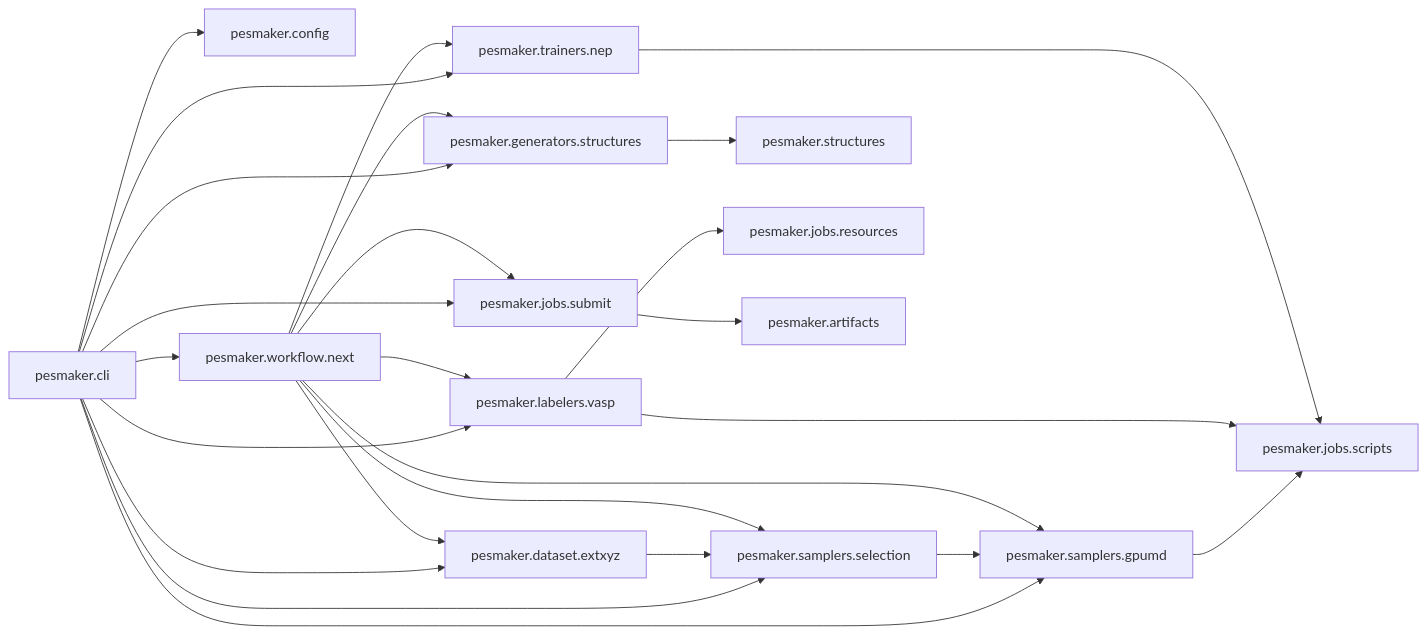
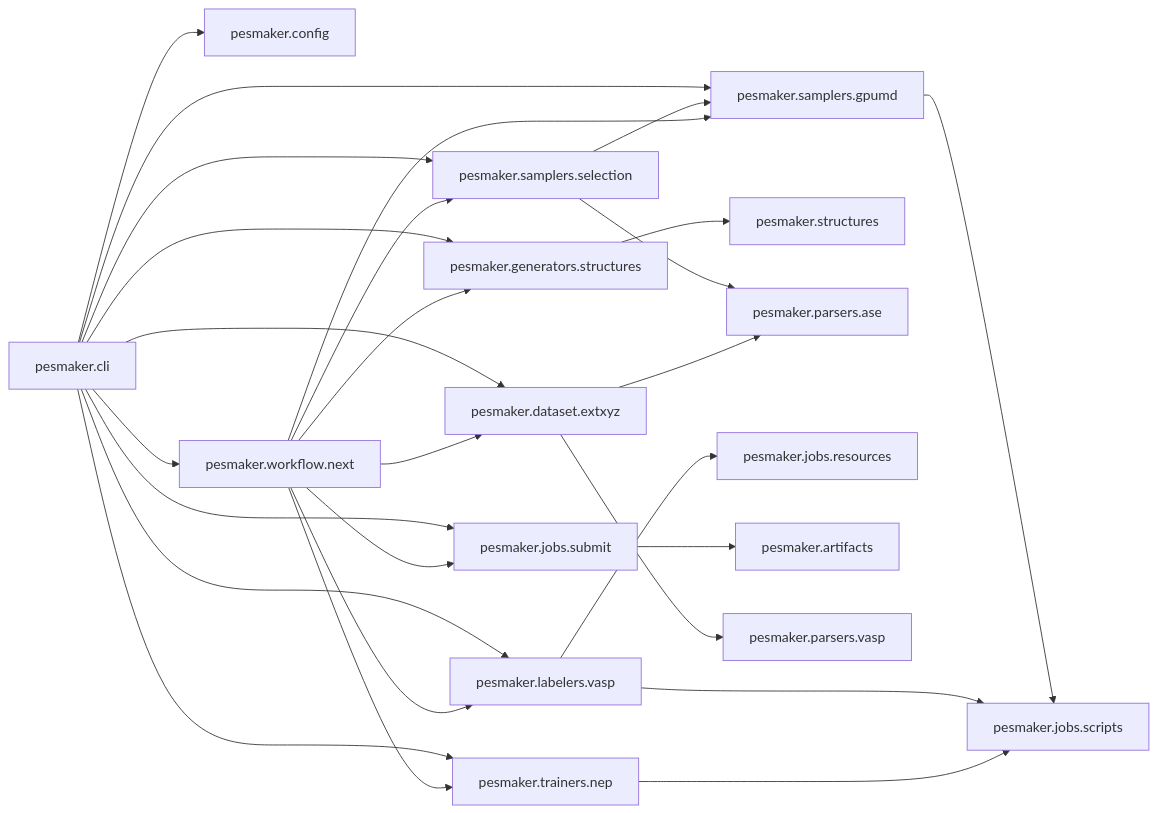
The third of 4 diagrams in docs/CODE_LOGIC.md (litupLetian/PESMaker_litupVer), drawn with Mermaid before and after one commit. The commit also changed other lines of this file and 19 other files, not shown here.

````diff
--- a/docs/CODE_LOGIC.md
+++ b/docs/CODE_LOGIC.md
@@ -46,28 +47,30 @@
 ```mermaid
 flowchart LR
     CLI["pesmaker.cli"] --> Config["pesmaker.config"]
     CLI --> Next["pesmaker.workflow.next"]
     CLI --> Gen["pesmaker.generators.structures"]
     CLI --> Gpumd["pesmaker.samplers.gpumd"]
     CLI --> Select["pesmaker.samplers.selection"]
     CLI --> Vasp["pesmaker.labelers.vasp"]
     CLI --> Submit["pesmaker.jobs.submit"]
     CLI --> Data["pesmaker.dataset.extxyz"]
     CLI --> Train["pesmaker.trainers.nep"]
 
     Gen --> Structures["pesmaker.structures"]
     Gpumd --> JobsScripts["pesmaker.jobs.scripts"]
     Select --> Gpumd
+    Select --> ParsersAse["pesmaker.parsers.ase"]
     Vasp --> JobsResources["pesmaker.jobs.resources"]
     Vasp --> JobsScripts
     Submit --> Artifacts["pesmaker.artifacts"]
-    Data --> Select
+    Data --> ParsersAse
+    Data --> ParsersVasp["pesmaker.parsers.vasp"]
     Train --> JobsScripts
     Next --> Gen
     Next --> Gpumd
     Next --> Select
     Next --> Vasp
     Next --> Submit
     Next --> Data
     Next --> Train
 ```
````
